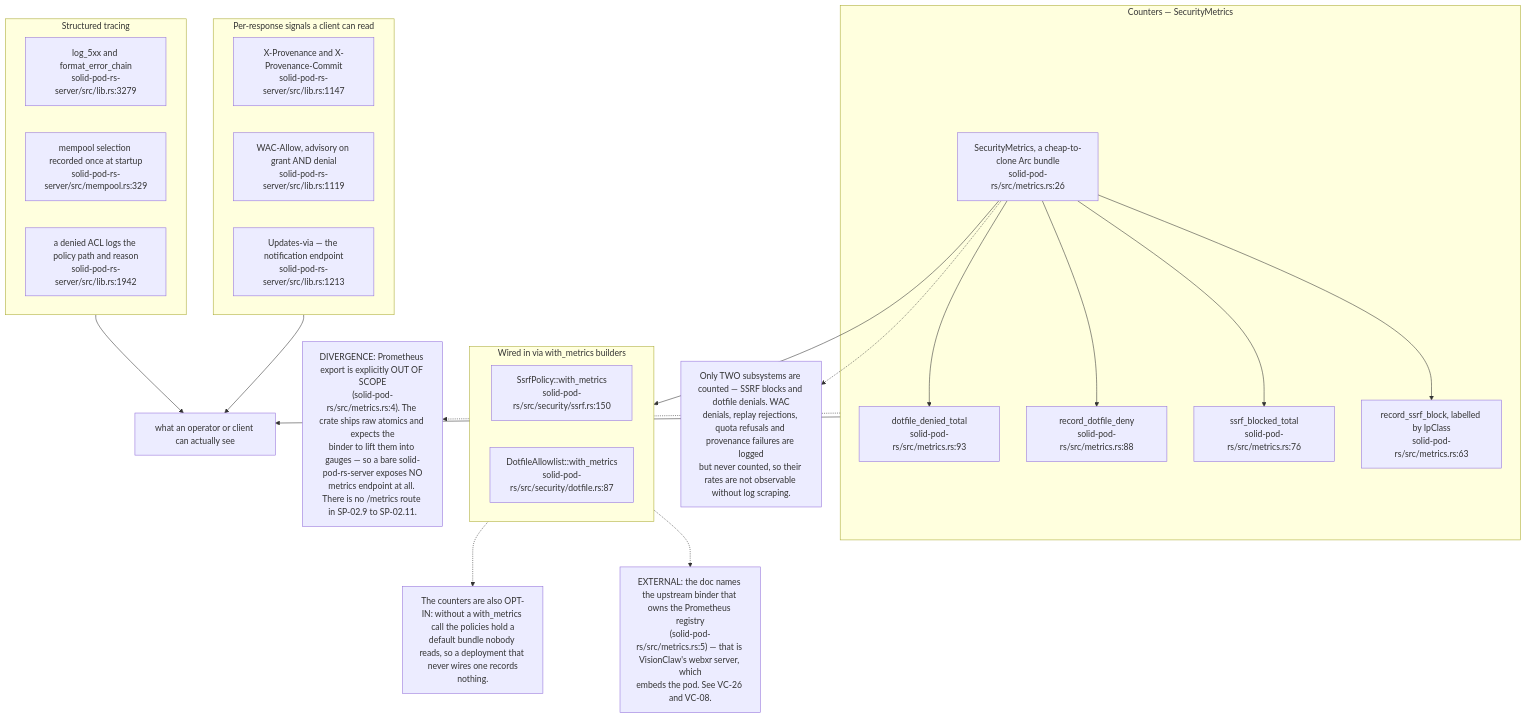
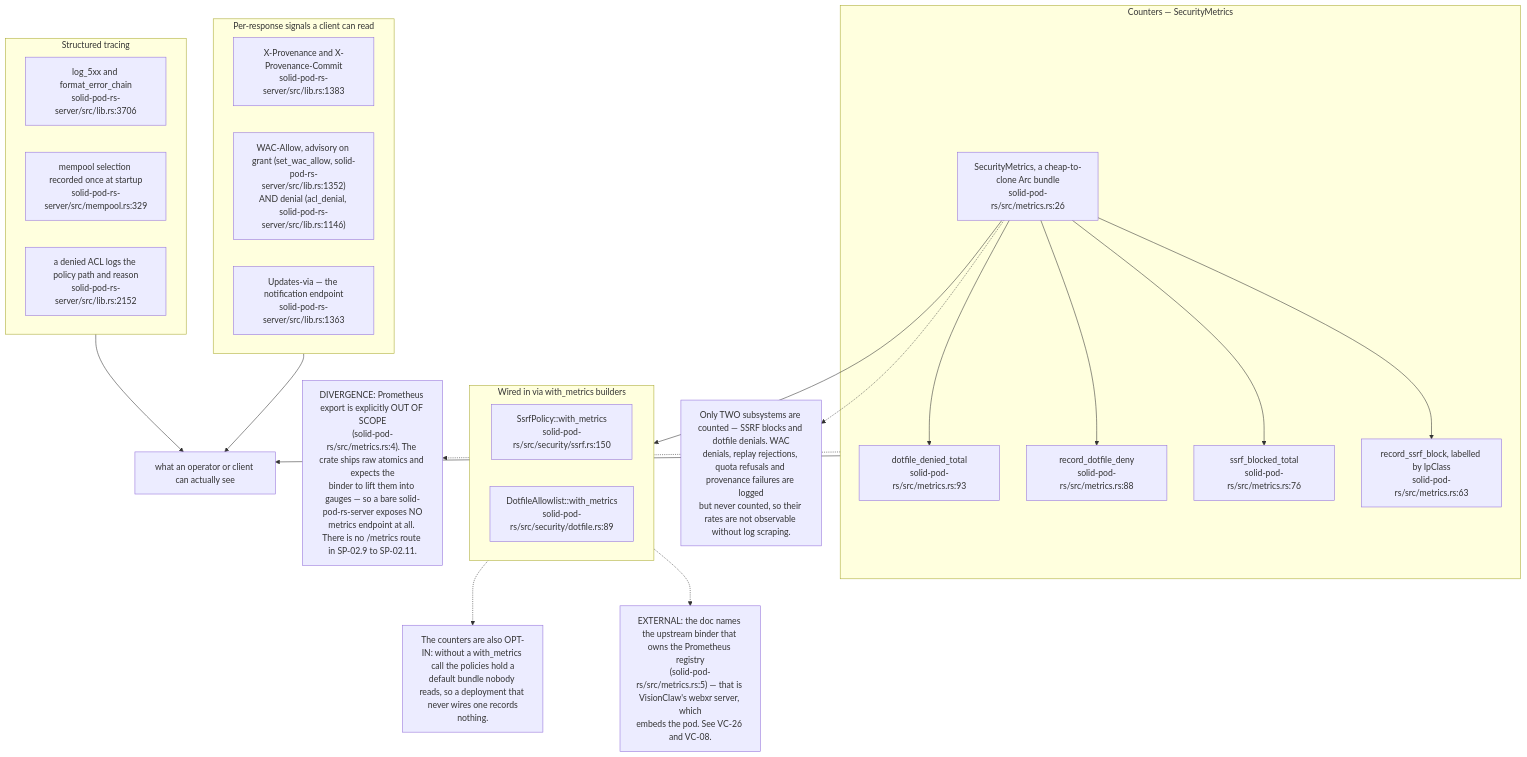
One commit to DreamLab-AI/VisionFlow changed diagram 12 of 12 in docs/diagrams/solid-pod-rs/10-failure-modes-and-invariants.md. Above: the diagram before and after it, drawn with Mermaid. The commit also changed other lines of this file and 160 other files, not shown here.

````diff
--- a/docs/diagrams/solid-pod-rs/10-failure-modes-and-invariants.md
+++ b/docs/diagrams/solid-pod-rs/10-failure-modes-and-invariants.md
@@ -339,42 +344,42 @@
 ```mermaid
 flowchart TD
     subgraph COUNT["Counters — SecurityMetrics"]
         SM["SecurityMetrics, a cheap-to-clone Arc bundle<br/>solid-pod-rs/src/metrics.rs:26"]
         SS["record_ssrf_block, labelled by IpClass<br/>solid-pod-rs/src/metrics.rs:63"]
         ST["ssrf_blocked_total<br/>solid-pod-rs/src/metrics.rs:76"]
         DF["record_dotfile_deny<br/>solid-pod-rs/src/metrics.rs:88"]
         DT["dotfile_denied_total<br/>solid-pod-rs/src/metrics.rs:93"]
     end
     subgraph WIRE["Wired in via with_metrics builders"]
         W1["SsrfPolicy::with_metrics<br/>solid-pod-rs/src/security/ssrf.rs:150"]
-        W2["DotfileAllowlist::with_metrics<br/>solid-pod-rs/src/security/dotfile.rs:87"]
+        W2["DotfileAllowlist::with_metrics<br/>solid-pod-rs/src/security/dotfile.rs:89"]
     end
     subgraph HDR["Per-response signals a client can read"]
-        H1["X-Provenance and X-Provenance-Commit<br/>solid-pod-rs-server/src/lib.rs:1147"]
-        H2["WAC-Allow, advisory on grant AND denial<br/>solid-pod-rs-server/src/lib.rs:1119"]
-        H3["Updates-via — the notification endpoint<br/>solid-pod-rs-server/src/lib.rs:1213"]
+        H1["X-Provenance and X-Provenance-Commit<br/>solid-pod-rs-server/src/lib.rs:1383"]
+        H2["WAC-Allow, advisory on grant (set_wac_allow, solid-pod-rs-server/src/lib.rs:1352)<br/>AND denial (acl_denial, solid-pod-rs-server/src/lib.rs:1146)"]
+        H3["Updates-via — the notification endpoint<br/>solid-pod-rs-server/src/lib.rs:1363"]
     end
     subgraph LOG["Structured tracing"]
-        L1["log_5xx and format_error_chain<br/>solid-pod-rs-server/src/lib.rs:3279"]
+        L1["log_5xx and format_error_chain<br/>solid-pod-rs-server/src/lib.rs:3706"]
         L2["mempool selection recorded once at startup<br/>solid-pod-rs-server/src/mempool.rs:329"]
-        L3["a denied ACL logs the policy path and reason<br/>solid-pod-rs-server/src/lib.rs:1942"]
+        L3["a denied ACL logs the policy path and reason<br/>solid-pod-rs-server/src/lib.rs:2152"]
     end
 
     SM --> SS
     SM --> ST
     SM --> DF
     SM --> DT
     SM --> WIRE
     HDR --> OP["what an operator or client can actually see"]
     LOG --> OP
     COUNT --> OP
 
     N["DIVERGENCE: Prometheus export is explicitly OUT OF SCOPE<br/>(solid-pod-rs/src/metrics.rs:4). The crate ships raw atomics and expects the<br/>binder to lift them into gauges — so a bare solid-pod-rs-server exposes NO<br/>metrics endpoint at all. There is no /metrics route in SP-02.9 to SP-02.11."]
     COUNT -.-> N
     N2["EXTERNAL: the doc names the upstream binder that owns the Prometheus registry<br/>(solid-pod-rs/src/metrics.rs:5) — that is VisionClaw's webxr server, which<br/>embeds the pod. See VC-26 and VC-08."]
     WIRE -.-> N2
     N3["Only TWO subsystems are counted — SSRF blocks and dotfile denials. WAC<br/>denials, replay rejections, quota refusals and provenance failures are logged<br/>but never counted, so their rates are not observable without log scraping."]
     SM -.-> N3
     N4["The counters are also OPT-IN: without a with_metrics call the policies hold a<br/>default bundle nobody reads, so a deployment that never wires one records<br/>nothing."]
     WIRE -.-> N4
 ```
````
